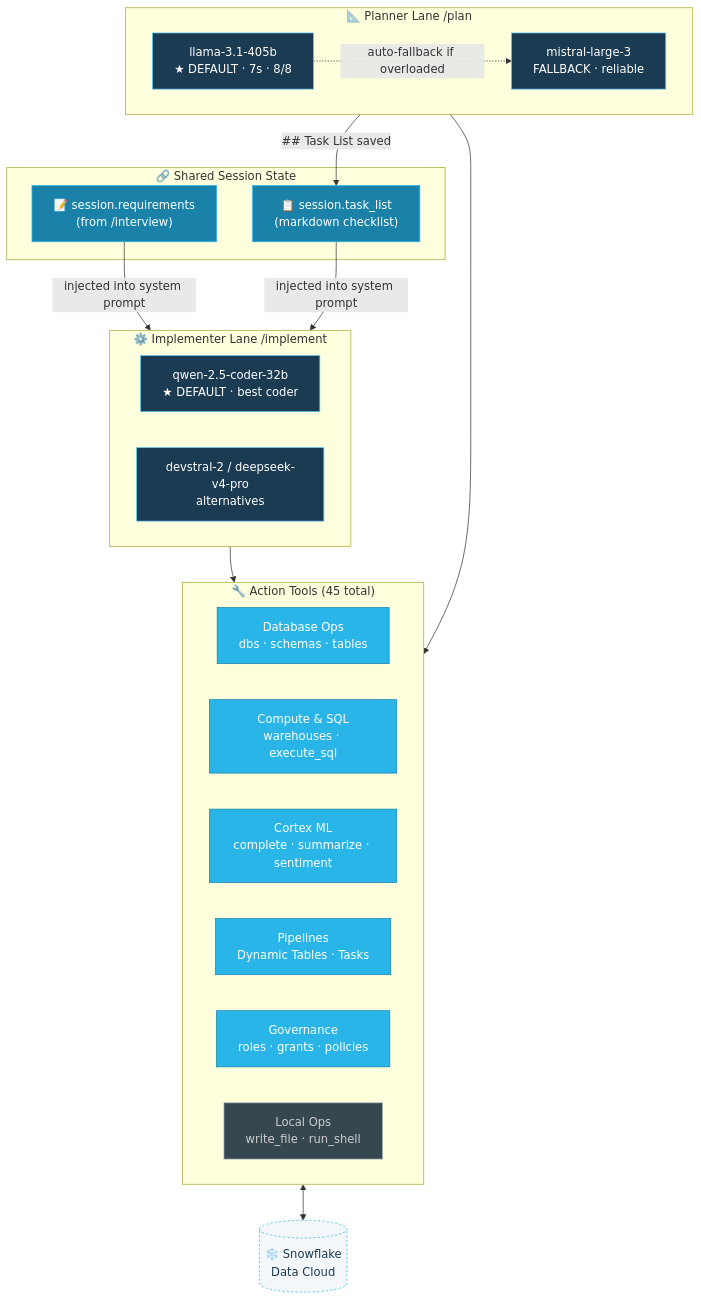
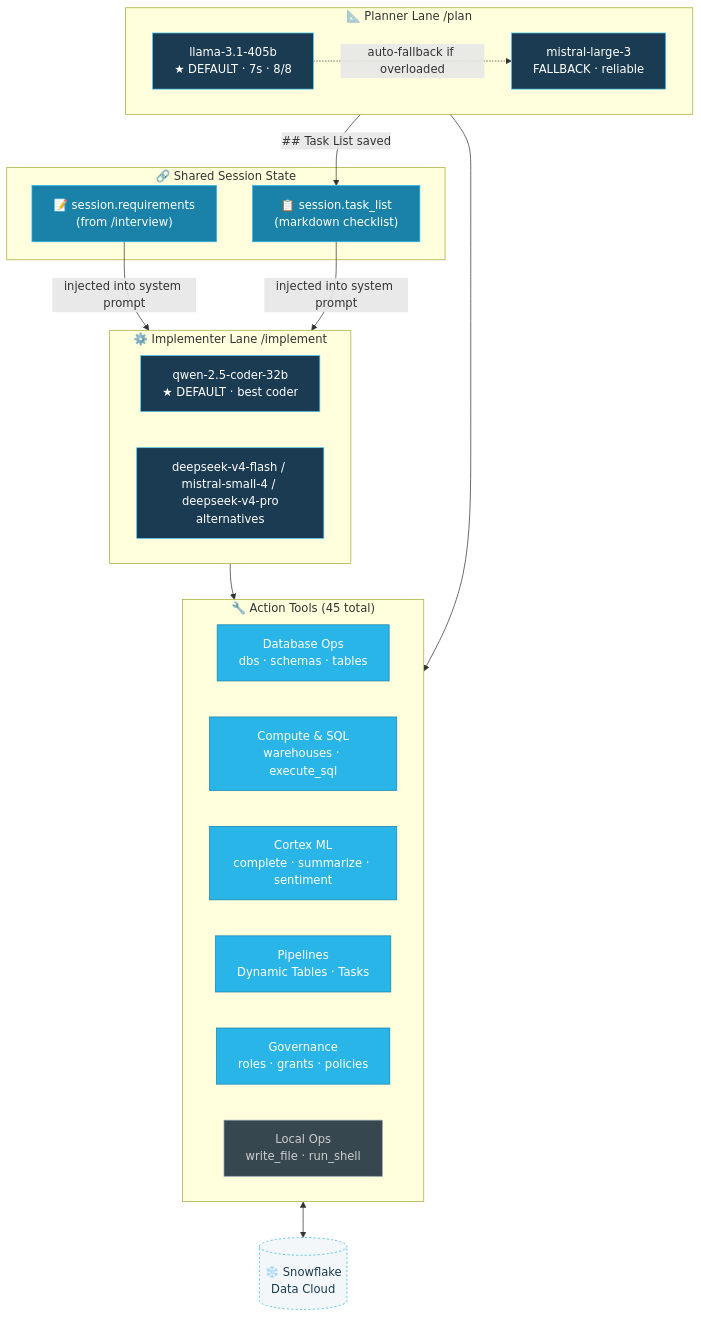
The second of 5 diagrams in docs/ARCHITECTURE.md (Jericho2010/TUI-snowNinja-cli), drawn with Mermaid before and after one commit. The commit also changed 4 other files, not shown here.

````diff
--- a/docs/ARCHITECTURE.md
+++ b/docs/ARCHITECTURE.md
@@ -55,43 +55,43 @@
 ```mermaid
 flowchart TD
     classDef lane fill:#0d2233,stroke:#29B5E8,color:#fff,font-weight:bold
     classDef model fill:#1B3B52,stroke:#56C9F2,color:#fff
     classDef shared fill:#1A82A8,stroke:#29B5E8,color:#fff
     classDef tool fill:#29B5E8,stroke:#1A82A8,color:#fff
     classDef snow fill:#F4F7F9,stroke:#29B5E8,color:#1B3B52,stroke-dasharray:3
     classDef local fill:#37474f,stroke:#90a4ae,color:#ccc
 
     subgraph PLANNER ["📐 Planner Lane  /plan"]
         PM["llama-3.1-405b\n★ DEFAULT · 7s · 8/8"]:::model
         PF["mistral-large-3\nFALLBACK · reliable"]:::model
         PM -.->|"auto-fallback if overloaded"| PF
     end
 
     subgraph IMPL ["⚙️ Implementer Lane  /implement"]
         IM["qwen-2.5-coder-32b\n★ DEFAULT · best coder"]:::model
-        IM2["devstral-2 / deepseek-v4-pro\nalternatives"]:::model
+        IM2["deepseek-v4-flash / mistral-small-4 / deepseek-v4-pro\nalternatives"]:::model
     end
 
     subgraph SHARED ["🔗 Shared Session State"]
         TL["📋 session.task_list\n(markdown checklist)"]:::shared
         REQ["📝 session.requirements\n(from /interview)"]:::shared
     end
 
     subgraph TOOLS ["🔧 Action Tools (45 total)"]
         T1["Database Ops\ndbs · schemas · tables"]:::tool
         T2["Compute & SQL\nwarehouses · execute_sql"]:::tool
         T3["Cortex ML\ncomplete · summarize · sentiment"]:::tool
         T4["Pipelines\nDynamic Tables · Tasks"]:::tool
         T5["Governance\nroles · grants · policies"]:::tool
         T6["Local Ops\nwrite_file · run_shell"]:::local
     end
 
     SNOW[("❄️ Snowflake\nData Cloud")]:::snow
 
     PLANNER -->|"## Task List saved"| TL
     REQ -->|"injected into system prompt"| IMPL
     TL -->|"injected into system prompt"| IMPL
     IMPL --> TOOLS
     PLANNER --> TOOLS
     TOOLS <--> SNOW
 ```
````
